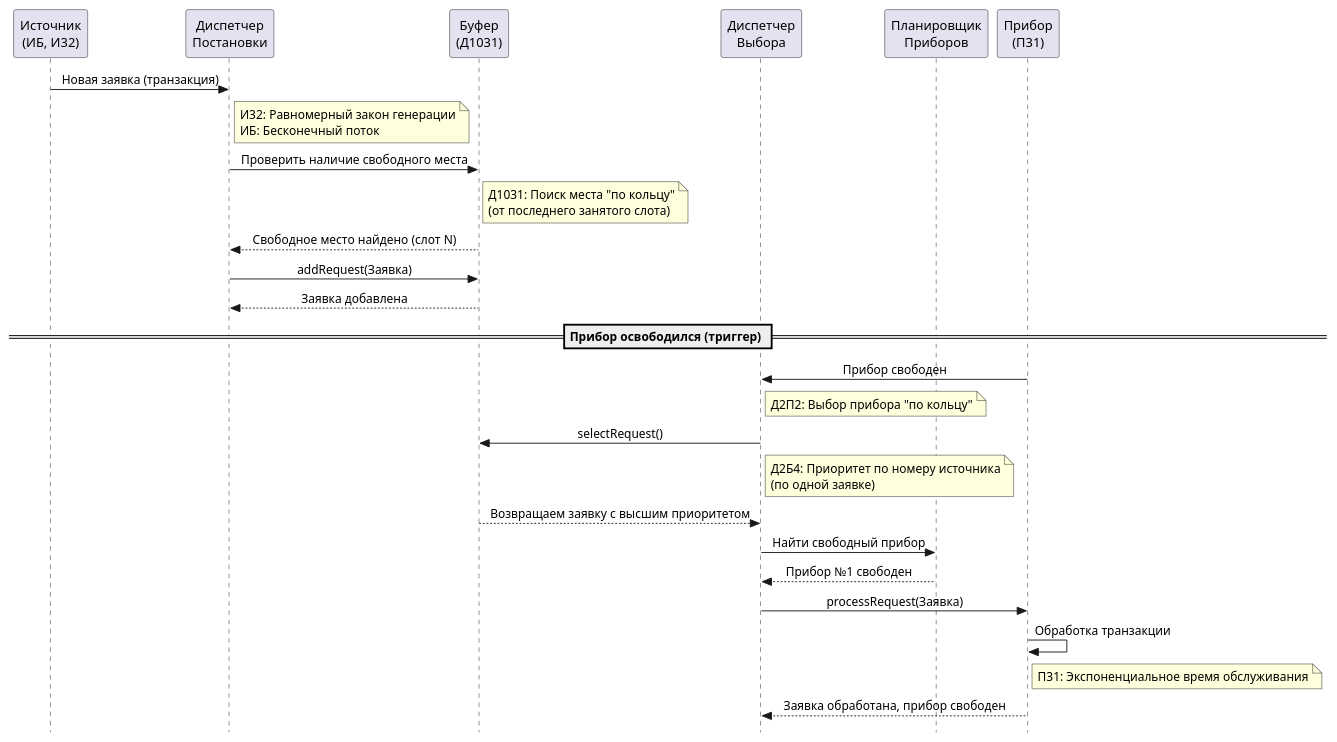
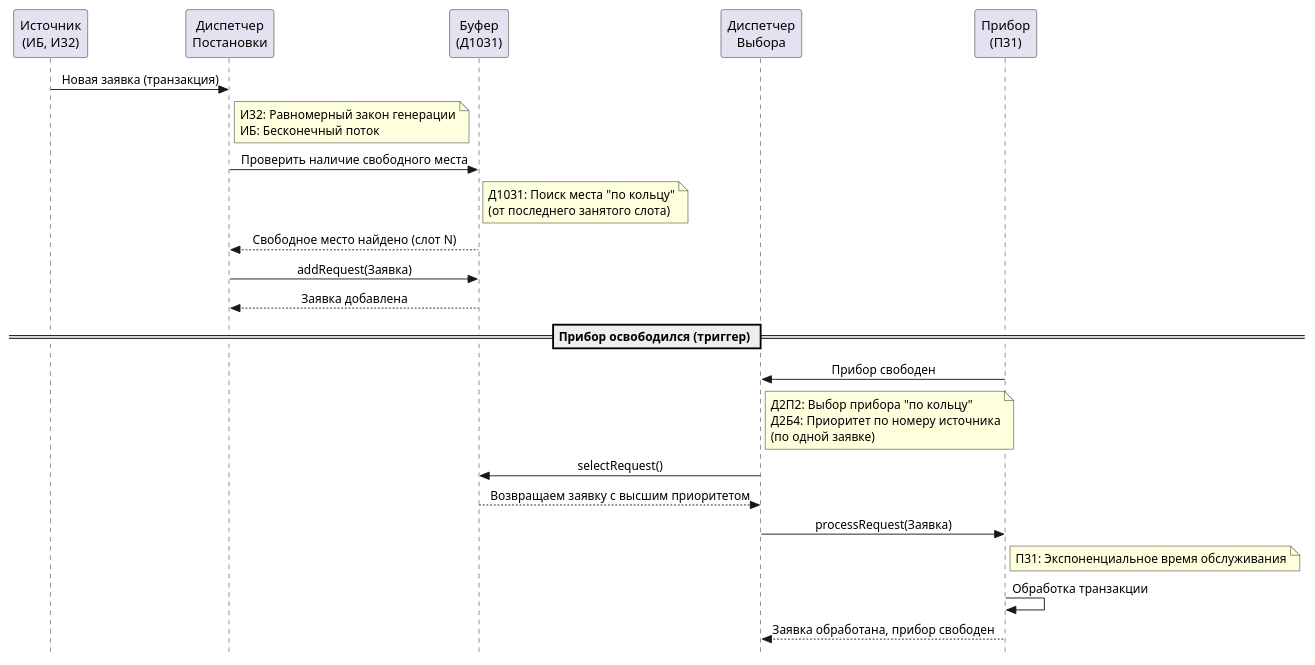
One commit to TimeouTplz/BANK changed the diagram in Happy_Flow/HappyFlow.puml. Above: the diagram before and after it, drawn with PlantUML.

```diff
--- a/Happy_Flow/HappyFlow.puml
+++ b/Happy_Flow/HappyFlow.puml
@@ -1,43 +1,36 @@
 @startuml
 skinparam style strictuml
 skinparam sequenceMessageAlign center
 
 participant "Источник\n(ИБ, И32)" as Source
 participant "Диспетчер\nПостановки" as PlaceDisp
 participant "Буфер\n(Д1031)" as Buffer
 participant "Диспетчер\nВыбора" as SelectDisp
-participant "Планировщик\nПриборов" as Scheduler
 participant "Прибор\n(П31)" as Device
 
 Source -> PlaceDisp: Новая заявка (транзакция)
 note right of PlaceDisp: И32: Равномерный закон генерации\nИБ: Бесконечный поток
 
 PlaceDisp -> Buffer: Проверить наличие свободного места
 note right of Buffer: Д1031: Поиск места "по кольцу"\n(от последнего занятого слота)
 
 Buffer --> PlaceDisp: Свободное место найдено (слот N)
 
 PlaceDisp -> Buffer: addRequest(Заявка)
 Buffer --> PlaceDisp: Заявка добавлена
 
 == Прибор освободился (триггер) ==
 
 Device -> SelectDisp: Прибор свободен
-note right of SelectDisp: Д2П2: Выбор прибора "по кольцу"
+note right of SelectDisp: Д2П2: Выбор прибора "по кольцу"\nД2Б4: Приоритет по номеру источника\n(по одной заявке)
 
 SelectDisp -> Buffer: selectRequest()
-note right of SelectDisp: Д2Б4: Приоритет по номеру источника\n(по одной заявке)
-
 Buffer --> SelectDisp: Возвращаем заявку с высшим приоритетом
 
-SelectDisp -> Scheduler: Найти свободный прибор
-Scheduler --> SelectDisp: Прибор №1 свободен
-
 SelectDisp -> Device: processRequest(Заявка)
+note right of Device: П31: Экспоненциальное время обслуживания
 
 Device -> Device: Обработка транзакции
-note right of Device: П31: Экспоненциальное время обслуживания
-
 Device --> SelectDisp: Заявка обработана, прибор свободен
 
 @enduml
```
